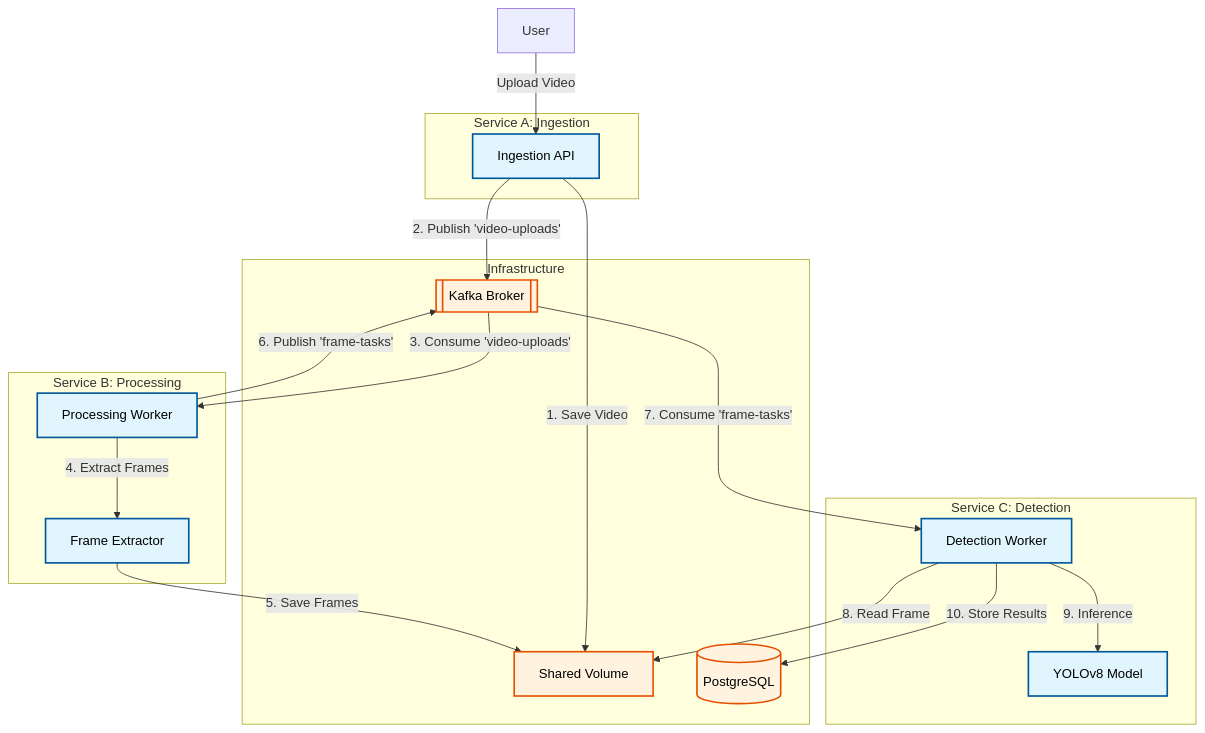
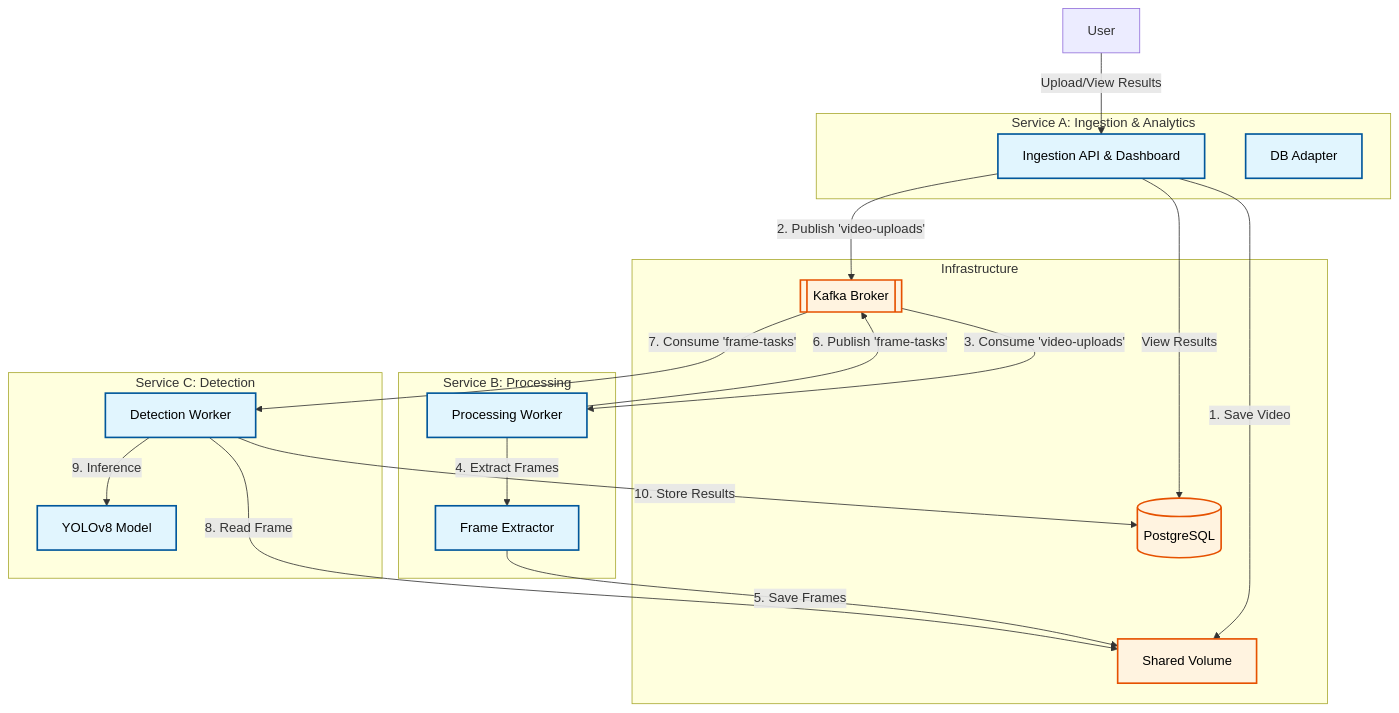
Before and after one commit to NoamB/video-object-detector: the diagram in ARCHITECTURE.md, drawn with Mermaid. The commit also changed other lines of this file and 13 other files, not shown here.

Commit message:
Merged dashboard service into ingestion service

````diff
--- a/ARCHITECTURE.md
+++ b/ARCHITECTURE.md
@@ -13,42 +13,44 @@
 ```mermaid
 graph TD
     %% Styling for readability via high contrast
     classDef service fill:#e1f5fe,stroke:#01579b,stroke-width:2px,color:#000;
     classDef storage fill:#fff3e0,stroke:#e65100,stroke-width:2px,color:#000;
     
-    User[User] -- Upload Video --> Ingestion
+    User[User] -- Upload/View Results --> Ingestion
     
-    subgraph "Service A: Ingestion"
-        Ingestion[Ingestion API]:::service
+    subgraph "Service A: Ingestion & Analytics"
+        Ingestion[Ingestion API & Dashboard]:::service
+        DB_Adapter[DB Adapter]:::service
     end
 
     subgraph "Service B: Processing"
         Processing[Processing Worker]:::service
         Extractor[Frame Extractor]:::service
     end
 
     subgraph "Service C: Detection"
         Detection[Detection Worker]:::service
         Model[YOLOv8 Model]:::service
     end
 
     subgraph "Infrastructure"
         Vol[Shared Volume]:::storage
         Kafka[[Kafka Broker]]:::storage
         DB[(PostgreSQL)]:::storage
     end
 
     %% Flows
     Ingestion -- 1. Save Video --> Vol
     Ingestion -- 2. Publish 'video-uploads' --> Kafka
+    Ingestion -- View Results --> DB
     
     Kafka -- 3. Consume 'video-uploads' --> Processing
     Processing -- 4. Extract Frames --> Extractor
     Extractor -- 5. Save Frames --> Vol
     Processing -- 6. Publish 'frame-tasks' --> Kafka
     
     Kafka -- 7. Consume 'frame-tasks' --> Detection
     Detection -- 8. Read Frame --> Vol
     Detection -- 9. Inference --> Model
     Detection -- 10. Store Results --> DB
 ```
````
